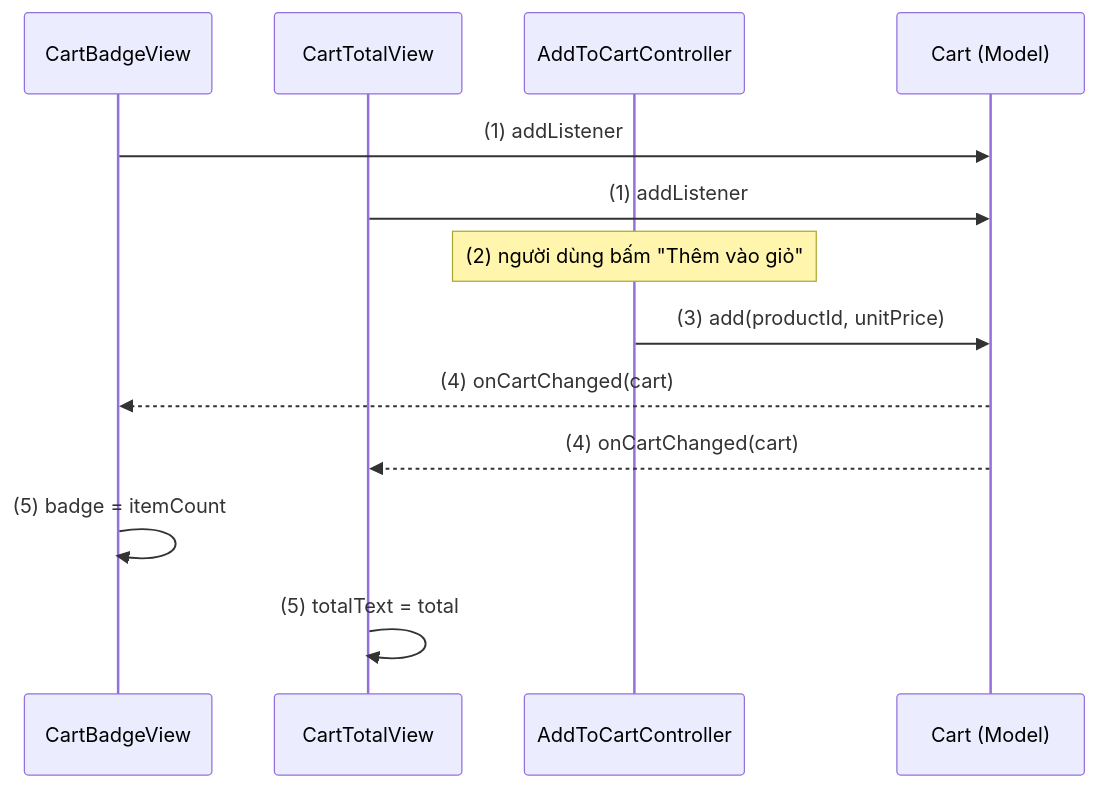
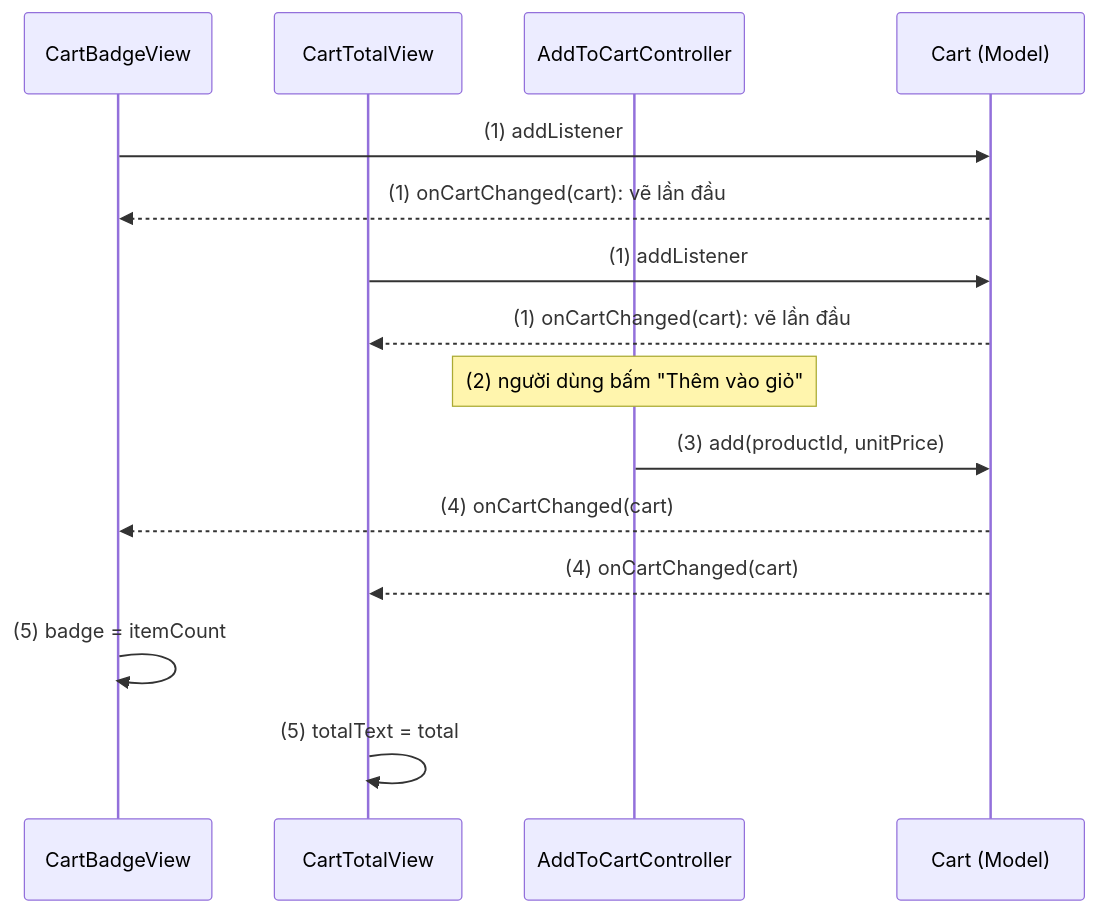
Before and after one commit to h1eu/knowledge: the second of 5 diagrams in knowledge/android/docs/session_07/architecture/mvc.md, drawn with Mermaid. The commit also changed other lines of this file and 19 other files, not shown here.

````diff
--- a/knowledge/android/docs/session_07/architecture/mvc.md
+++ b/knowledge/android/docs/session_07/architecture/mvc.md
@@ -91,15 +91,17 @@
 ```mermaid
 sequenceDiagram
     participant B as CartBadgeView
     participant T as CartTotalView
     participant C as AddToCartController
     participant M as Cart (Model)
     B->>M: (1) addListener
+    M-->>B: (1) onCartChanged(cart): vẽ lần đầu
     T->>M: (1) addListener
+    M-->>T: (1) onCartChanged(cart): vẽ lần đầu
     Note over C: (2) người dùng bấm "Thêm vào giỏ"
     C->>M: (3) add(productId, unitPrice)
     M-->>B: (4) onCartChanged(cart)
     M-->>T: (4) onCartChanged(cart)
     B->>B: (5) badge = itemCount
     T->>T: (5) totalText = total
 ```
````
